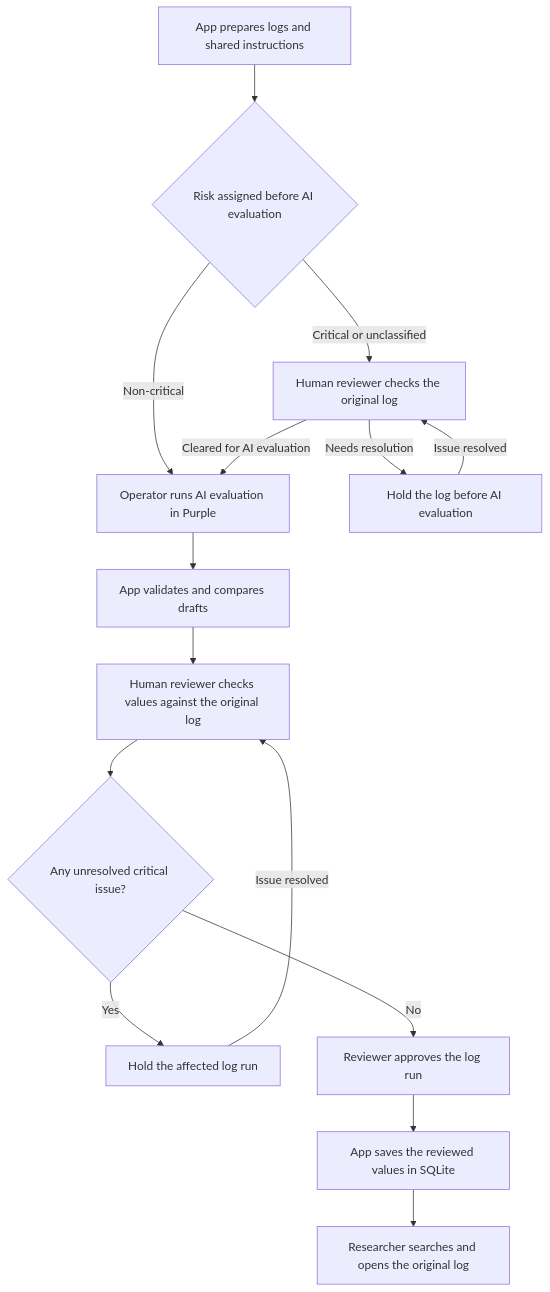
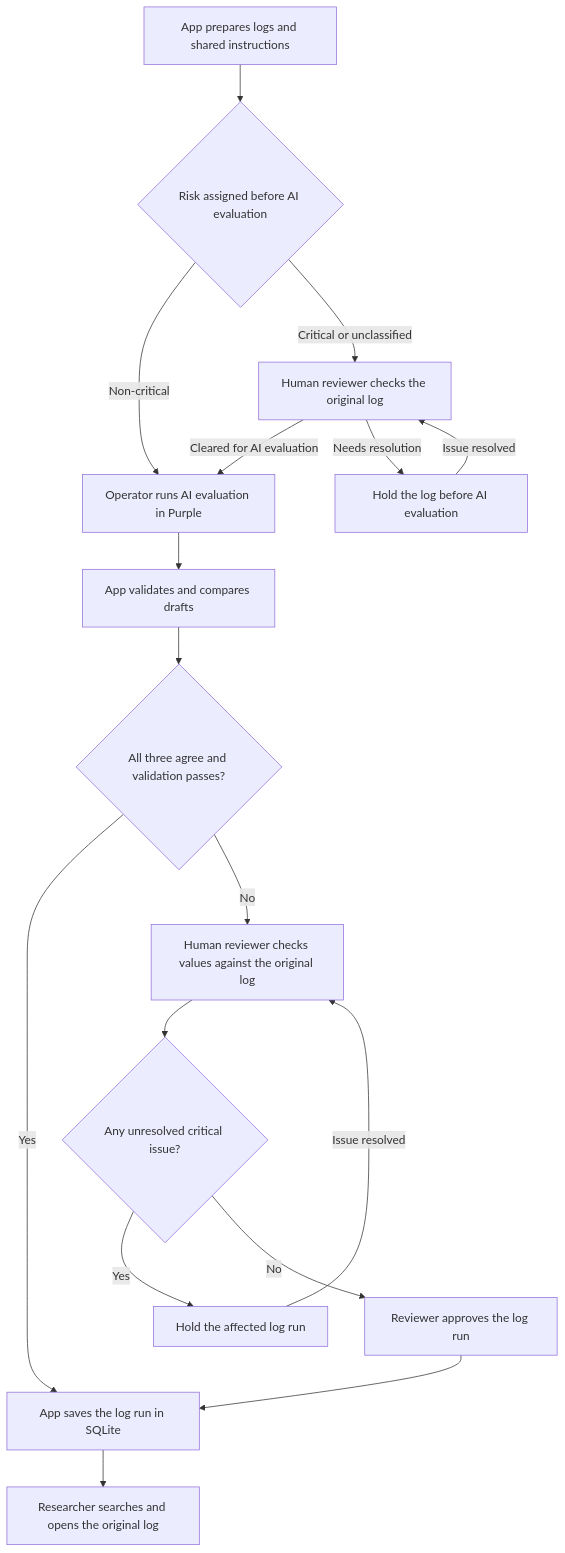
Before and after one commit to irisyjchang/quantum-materials-ai-archive: the diagram in docs/design-document.md, drawn with Mermaid. The commit also changed other lines of this file, not shown here.

````diff
--- a/docs/design-document.md
+++ b/docs/design-document.md
@@ -36,17 +36,19 @@
 ```mermaid
 flowchart TD
     A[App prepares logs and shared instructions] --> R{Risk assigned before AI evaluation}
     R -->|Non-critical| D[Operator runs AI evaluation in Purple]
     R -->|Critical or unclassified| P[Human reviewer checks the original log]
     P -->|Cleared for AI evaluation| D
     P -->|Needs resolution| Q[Hold the log before AI evaluation]
     Q -->|Issue resolved| P
     D --> F[App validates and compares drafts]
-    F --> G[Human reviewer checks values against the original log]
+    F --> V{All three agree and validation passes?}
+    V -->|Yes| K[App saves the log run in SQLite]
+    V -->|No| G[Human reviewer checks values against the original log]
     G --> H{Any unresolved critical issue?}
     H -->|Yes| I[Hold the affected log run]
     I -->|Issue resolved| G
     H -->|No| J[Reviewer approves the log run]
-    J --> K[App saves the reviewed values in SQLite]
+    J --> K
     K --> L[Researcher searches and opens the original log]
 ```
````
